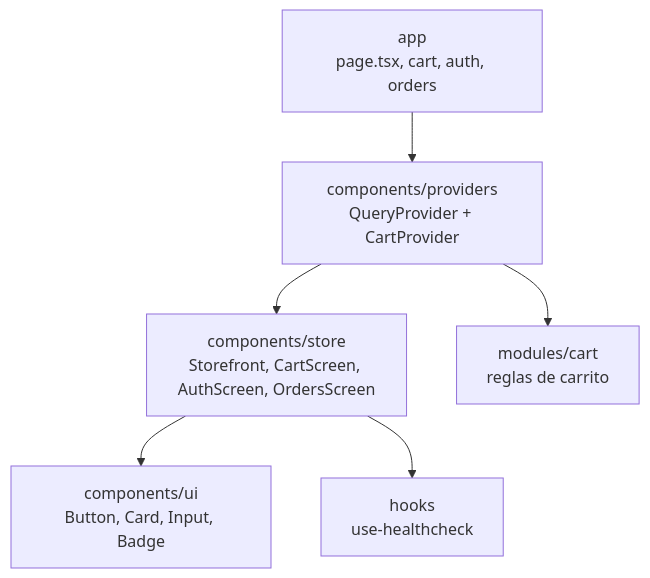
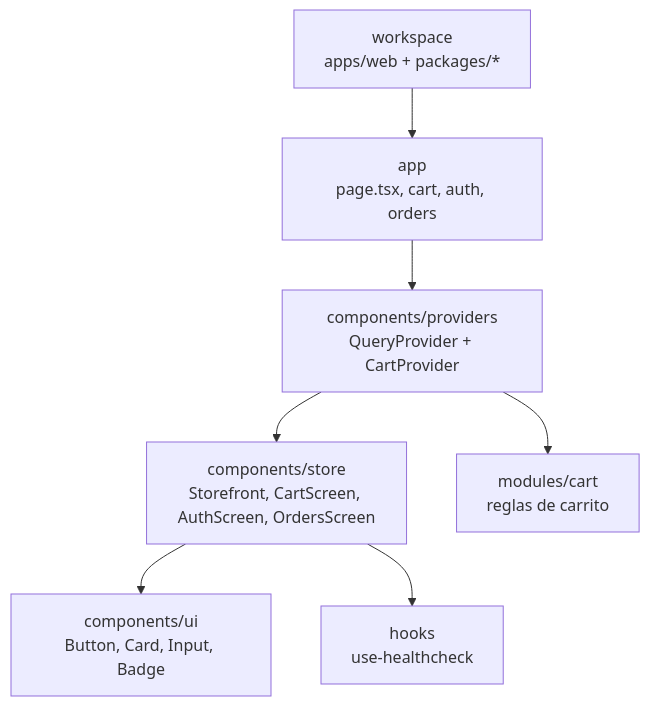
One commit to Camiloruiiz/ploottest changed the second of 11 diagrams in docs/arquitectura-del-sistema.md. Above: the diagram before and after it, drawn with Mermaid. The commit also changed other lines of this file and 48 other files, not shown here.

````diff
--- a/docs/arquitectura-del-sistema.md
+++ b/docs/arquitectura-del-sistema.md
@@ -278,15 +287,17 @@
 ```mermaid
 flowchart TB
+    Workspace[workspace<br/>apps/web + packages/*]
     App[app<br/>page.tsx, cart, auth, orders]
     Providers[components/providers<br/>QueryProvider + CartProvider]
     Store[components/store<br/>Storefront, CartScreen, AuthScreen, OrdersScreen]
     UI[components/ui<br/>Button, Card, Input, Badge]
     Hooks[hooks<br/>use-healthcheck]
     CartDomain[modules/cart<br/>reglas de carrito]
 
+    Workspace --> App
     App --> Providers
     Providers --> Store
     Store --> UI
     Store --> Hooks
     Providers --> CartDomain
 ```
````
